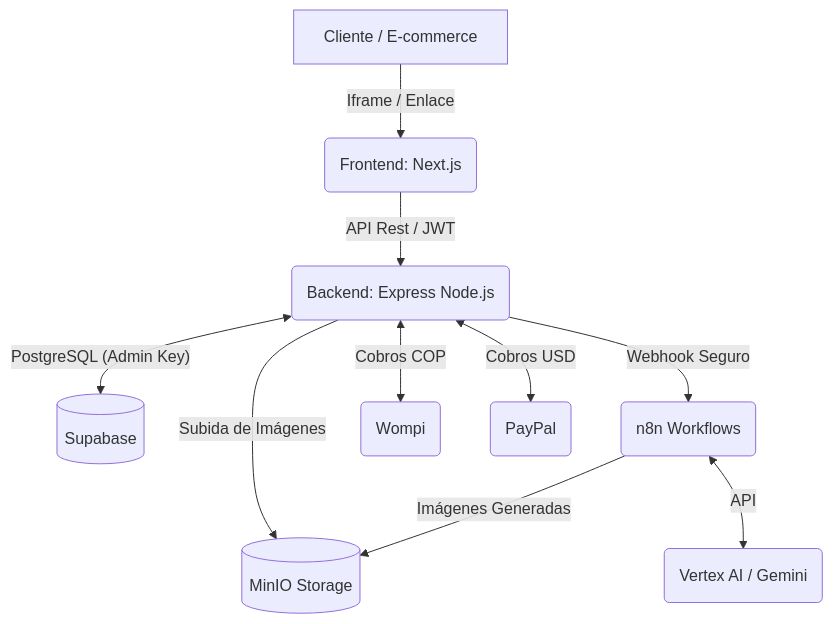
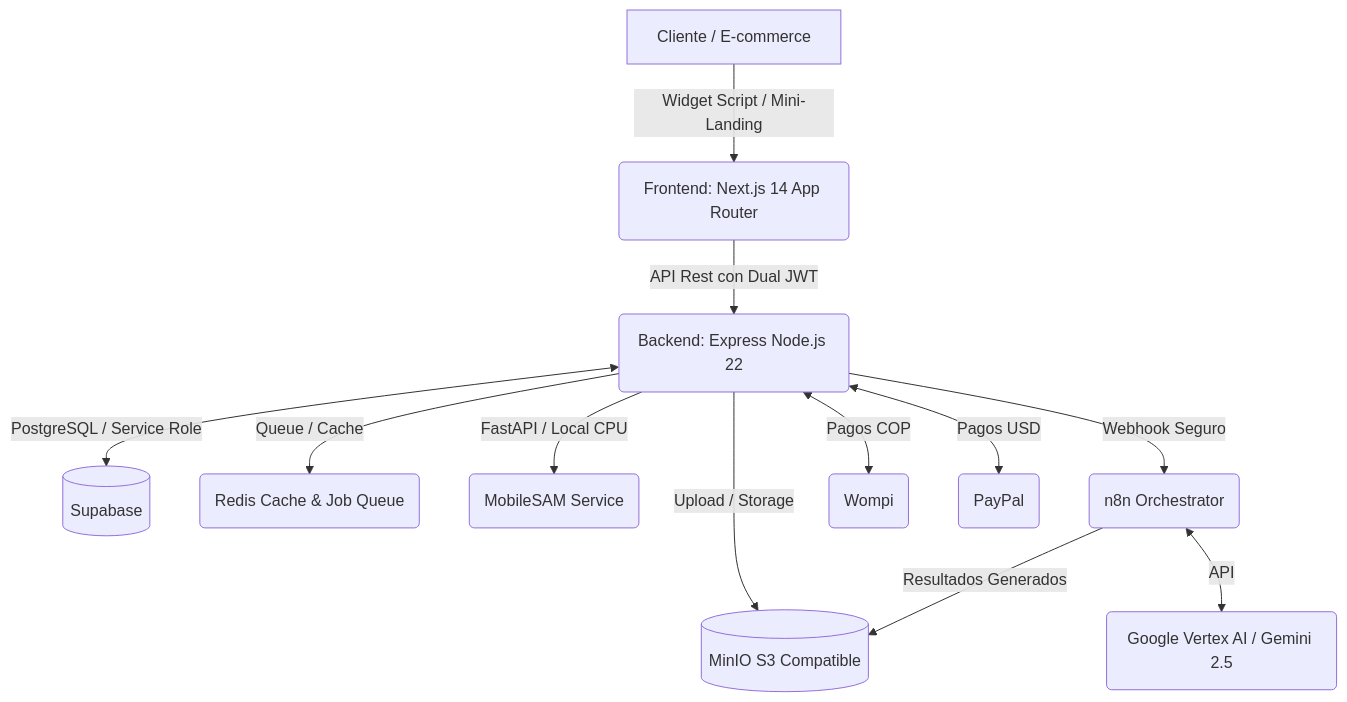
Before and after one commit to depper-IA/Lookitry: the diagram in README.md, drawn with Mermaid. The commit also changed other lines of this file and 378 other files, not shown here.

````diff
--- a/README.md
+++ b/README.md
@@ -93,12 +37,14 @@
 ```mermaid
 graph TD;
-    A["Cliente / E-commerce"] -->|"Iframe / Enlace"| B("Frontend: Next.js")
-    B -->|"API Rest / JWT"| C("Backend: Express Node.js")
-    C <-->|"PostgreSQL (Admin Key)"| D[("Supabase")]
-    C -->|"Subida de Imágenes"| E[("MinIO Storage")]
-    C -->|"Webhook Seguro"| F("n8n Workflows")
-    F <-->|"API"| G("Vertex AI / Gemini")
-    F -->|"Imágenes Generadas"| E
-    C <-->|"Cobros COP"| H("Wompi")
-    C <-->|"Cobros USD"| I("PayPal")
+    A["Cliente / E-commerce"] -->|"Widget Script / Mini-Landing"| B("Frontend: Next.js 14 App Router")
+    B -->|"API Rest con Dual JWT"| C("Backend: Express Node.js 22")
+    C <-->|"PostgreSQL / Service Role"| D[("Supabase")]
+    C -->|"Upload / Storage"| E[("MinIO S3 Compatible")]
+    C -->|"Queue / Cache"| F("Redis Cache & Job Queue")
+    C -->|"FastAPI / Local CPU"| G("MobileSAM Service")
+    C -->|"Webhook Seguro"| H("n8n Orchestrator")
+    H <-->|"API"| I("Google Vertex AI / Gemini 2.5")
+    H -->|"Resultados Generados"| E
+    C <-->|"Pagos COP"| J("Wompi")
+    C <-->|"Pagos USD"| K("PayPal")
 ```
````
